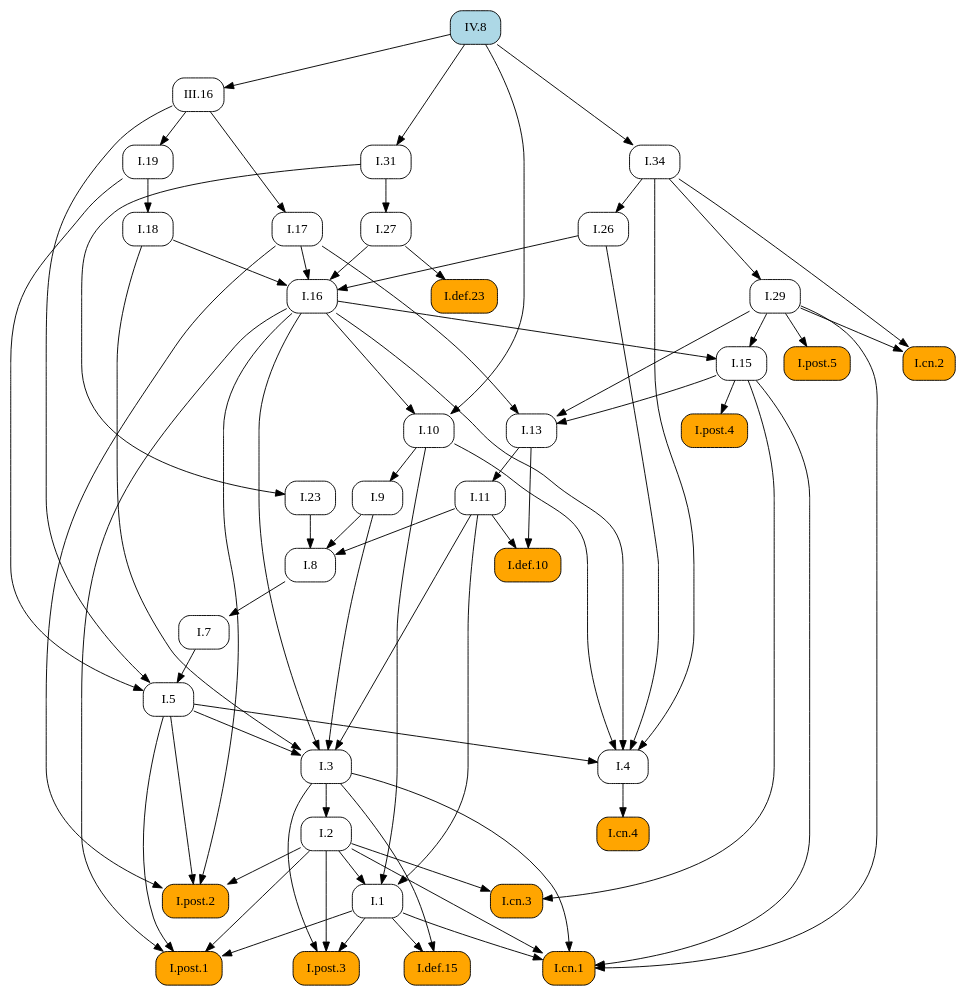
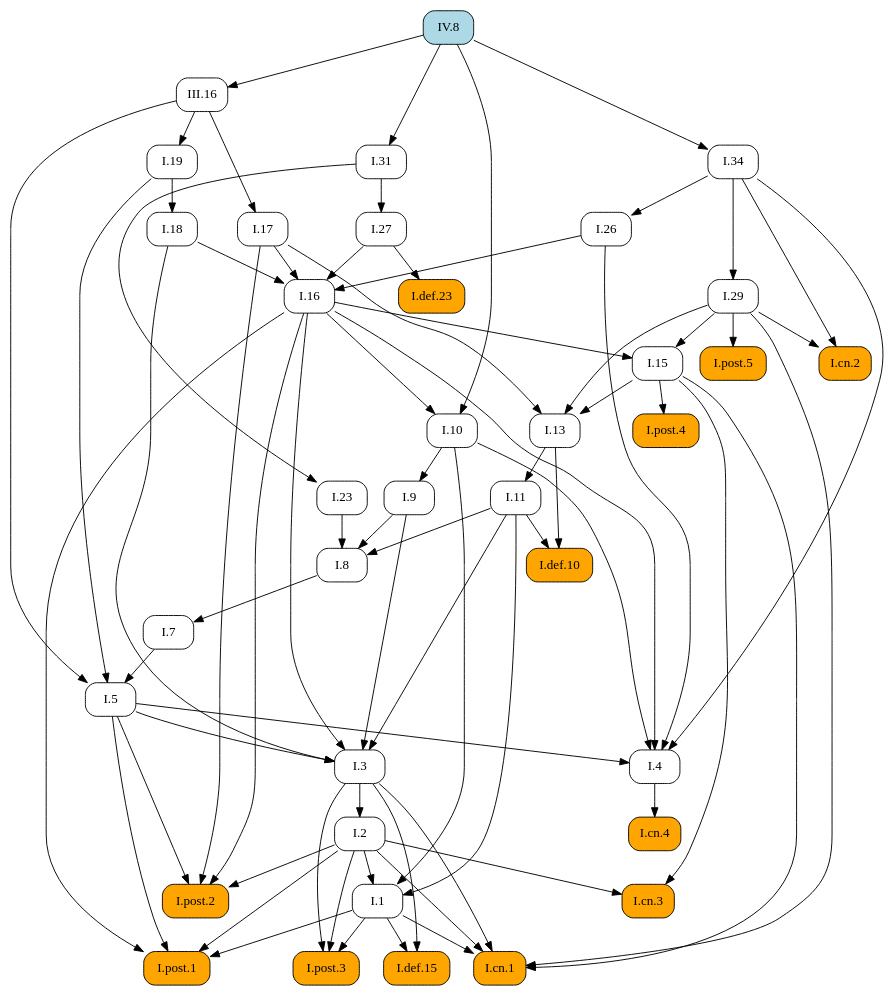
One commit to geometor/elements changed the diagram in docsrc/heath/IV/8/index.rst. Above: the diagram before and after it, drawn with Graphviz. The commit also changed other lines of this file and 484 other files, not shown here.

```diff
--- a/docsrc/heath/IV/8/index.rst
+++ b/docsrc/heath/IV/8/index.rst
@@ -63,112 +63,112 @@
    digraph {
      rankdir="TB";
      node [shape=box, style=rounded];
-     "I.def.10" [style="rounded,filled", fillcolor=orange, URL="/heath/I/def.10/", target="_top"];
-     "I.11" [URL="/heath/I/11/", target="_top"];
-     "I.post.4" [style="rounded,filled", fillcolor=orange, URL="/heath/I/post.4/", target="_top"];
-     "I.1" [URL="/heath/I/1/", target="_top"];
-     "I.26" [URL="/heath/I/26/", target="_top"];
-     "I.29" [URL="/heath/I/29/", target="_top"];
-     "I.cn.2" [style="rounded,filled", fillcolor=orange, URL="/heath/I/cn.2/", target="_top"];
-     "I.18" [URL="/heath/I/18/", target="_top"];
+     "I.23" [URL="/heath/I/23/", target="_top"];
+     "I.9" [URL="/heath/I/9/", target="_top"];
+     "IV.8" [style="rounded,filled", fillcolor=lightblue, URL="/heath/IV/8/", target="_top"];
      "I.def.15" [style="rounded,filled", fillcolor=orange, URL="/heath/I/def.15/", target="_top"];
      "I.post.3" [style="rounded,filled", fillcolor=orange, URL="/heath/I/post.3/", target="_top"];
-     "IV.8" [style="rounded,filled", fillcolor=lightblue, URL="/heath/IV/8/", target="_top"];
-     "I.cn.1" [style="rounded,filled", fillcolor=orange, URL="/heath/I/cn.1/", target="_top"];
-     "I.cn.3" [style="rounded,filled", fillcolor=orange, URL="/heath/I/cn.3/", target="_top"];
-     "I.23" [URL="/heath/I/23/", target="_top"];
      "I.post.1" [style="rounded,filled", fillcolor=orange, URL="/heath/I/post.1/", target="_top"];
+     "I.19" [URL="/heath/I/19/", target="_top"];
      "III.16" [URL="/heath/III/16/", target="_top"];
+     "I.31" [URL="/heath/I/31/", target="_top"];
+     "I.def.10" [style="rounded,filled", fillcolor=orange, URL="/heath/I/def.10/", target="_top"];
+     "I.18" [URL="/heath/I/18/", target="_top"];
      "I.27" [URL="/heath/I/27/", target="_top"];
-     "I.7" [URL="/heath/I/7/", target="_top"];
      "I.34" [URL="/heath/I/34/", target="_top"];
      "I.3" [URL="/heath/I/3/", target="_top"];
+     "I.cn.1" [style="rounded,filled", fillcolor=orange, URL="/heath/I/cn.1/", target="_top"];
+     "I.7" [URL="/heath/I/7/", target="_top"];
      "I.2" [URL="/heath/I/2/", target="_top"];
+     "I.13" [URL="/heath/I/13/", target="_top"];
+     "I.post.4" [style="rounded,filled", fillcolor=orange, URL="/heath/I/post.4/", target="_top"];
      "I.4" [URL="/heath/I/4/", target="_top"];
+     "I.1" [URL="/heath/I/1/", target="_top"];
+     "I.5" [URL="/heath/I/5/", target="_top"];
+     "I.17" [URL="/heath/I/17/", target="_top"];
+     "I.8" [URL="/heath/I/8/", target="_top"];
+     "I.29" [URL="/heath/I/29/", target="_top"];
+     "I.cn.3" [style="rounded,filled", fillcolor=orange, URL="/heath/I/cn.3/", target="_top"];
+     "I.16" [URL="/heath/I/16/", target="_top"];
+     "I.15" [URL="/heath/I/15/", target="_top"];
+     "I.10" [URL="/heath/I/10/", target="_top"];
+     "I.11" [URL="/heath/I/11/", target="_top"];
      "I.def.23" [style="rounded,filled", fillcolor=orange, URL="/heath/I/def.23/", target="_top"];
-     "I.13" [URL="/heath/I/13/", target="_top"];
-     "I.17" [URL="/heath/I/17/", target="_top"];
-     "I.31" [URL="/heath/I/31/", target="_top"];
+     "I.cn.2" [style="rounded,filled", fillcolor=orange, URL="/heath/I/cn.2/", target="_top"];
+     "I.post.5" [style="rounded,filled", fillcolor=orange, URL="/heath/I/post.5/", target="_top"];
+     "I.cn.4" [style="rounded,filled", fillcolor=orange, URL="/heath/I/cn.4/", target="_top"];
      "I.post.2" [style="rounded,filled", fillcolor=orange, URL="/heath/I/post.2/", target="_top"];
-     "I.16" [URL="/heath/I/16/", target="_top"];
-     "I.9" [URL="/heath/I/9/", target="_top"];
-     "I.19" [URL="/heath/I/19/", target="_top"];
-     "I.8" [URL="/heath/I/8/", target="_top"];
-     "I.cn.4" [style="rounded,filled", fillcolor=orange, URL="/heath/I/cn.4/", target="_top"];
-     "I.15" [URL="/heath/I/15/", target="_top"];
-     "I.post.5" [style="rounded,filled", fillcolor=orange, URL="/heath/I/post.5/", target="_top"];
-     "I.10" [URL="/heath/I/10/", target="_top"];
-     "I.5" [URL="/heath/I/5/", target="_top"];
-     "I.11" -> "I.def.10";
-     "I.13" -> "I.def.10";
-     "I.13" -> "I.11";
-     "I.15" -> "I.post.4";
-     "I.2" -> "I.1";
-     "I.10" -> "I.1";
-     "I.11" -> "I.1";
-     "I.34" -> "I.26";
-     "I.34" -> "I.29";
-     "I.29" -> "I.cn.2";
-     "I.34" -> "I.cn.2";
-     "I.19" -> "I.18";
+     "I.26" [URL="/heath/I/26/", target="_top"];
+     "I.31" -> "I.23";
+     "I.10" -> "I.9";
      "I.1" -> "I.def.15";
      "I.3" -> "I.def.15";
      "I.1" -> "I.post.3";
      "I.2" -> "I.post.3";
      "I.3" -> "I.post.3";
-     "I.1" -> "I.cn.1";
-     "I.2" -> "I.cn.1";
-     "I.3" -> "I.cn.1";
-     "I.15" -> "I.cn.1";
-     "I.29" -> "I.cn.1";
-     "I.2" -> "I.cn.3";
-     "I.15" -> "I.cn.3";
-     "I.31" -> "I.23";
      "I.1" -> "I.post.1";
      "I.2" -> "I.post.1";
      "I.5" -> "I.post.1";
      "I.16" -> "I.post.1";
+     "III.16" -> "I.19";
      "IV.8" -> "III.16";
+     "IV.8" -> "I.31";
+     "I.11" -> "I.def.10";
+     "I.13" -> "I.def.10";
+     "I.19" -> "I.18";
      "I.31" -> "I.27";
-     "I.8" -> "I.7";
      "IV.8" -> "I.34";
      "I.5" -> "I.3";
      "I.9" -> "I.3";
      "I.11" -> "I.3";
      "I.16" -> "I.3";
      "I.18" -> "I.3";
+     "I.1" -> "I.cn.1";
+     "I.2" -> "I.cn.1";
+     "I.3" -> "I.cn.1";
+     "I.15" -> "I.cn.1";
+     "I.29" -> "I.cn.1";
+     "I.8" -> "I.7";
      "I.3" -> "I.2";
+     "I.15" -> "I.13";
+     "I.17" -> "I.13";
+     "I.29" -> "I.13";
+     "I.15" -> "I.post.4";
      "I.5" -> "I.4";
      "I.10" -> "I.4";
      "I.16" -> "I.4";
      "I.26" -> "I.4";
      "I.34" -> "I.4";
+     "I.2" -> "I.1";
+     "I.10" -> "I.1";
+     "I.11" -> "I.1";
+     "I.7" -> "I.5";
+     "I.19" -> "I.5";
+     "III.16" -> "I.5";
+     "III.16" -> "I.17";
+     "I.9" -> "I.8";
+     "I.11" -> "I.8";
+     "I.23" -> "I.8";
+     "I.34" -> "I.29";
+     "I.2" -> "I.cn.3";
+     "I.15" -> "I.cn.3";
+     "I.17" -> "I.16";
+     "I.18" -> "I.16";
+     "I.26" -> "I.16";
+     "I.27" -> "I.16";
+     "I.16" -> "I.15";
+     "I.29" -> "I.15";
+     "I.16" -> "I.10";
+     "IV.8" -> "I.10";
+     "I.13" -> "I.11";
      "I.27" -> "I.def.23";
-     "I.15" -> "I.13";
-     "I.17" -> "I.13";
-     "I.29" -> "I.13";
-     "III.16" -> "I.17";
-     "IV.8" -> "I.31";
+     "I.29" -> "I.cn.2";
+     "I.34" -> "I.cn.2";
+     "I.29" -> "I.post.5";
+     "I.4" -> "I.cn.4";
      "I.2" -> "I.post.2";
      "I.5" -> "I.post.2";
      "I.16" -> "I.post.2";
      "I.17" -> "I.post.2";
-     "I.17" -> "I.16";
-     "I.18" -> "I.16";
-     "I.26" -> "I.16";
-     "I.27" -> "I.16";
-     "I.10" -> "I.9";
-     "III.16" -> "I.19";
-     "I.9" -> "I.8";
-     "I.11" -> "I.8";
-     "I.23" -> "I.8";
-     "I.4" -> "I.cn.4";
-     "I.16" -> "I.15";
-     "I.29" -> "I.15";
-     "I.29" -> "I.post.5";
-     "I.16" -> "I.10";
-     "IV.8" -> "I.10";
-     "I.7" -> "I.5";
-     "I.19" -> "I.5";
-     "III.16" -> "I.5";
+     "I.34" -> "I.26";
    }
```
